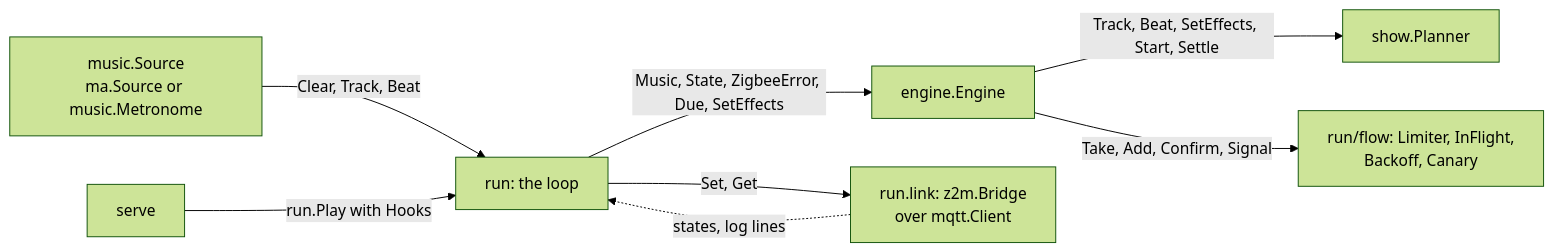
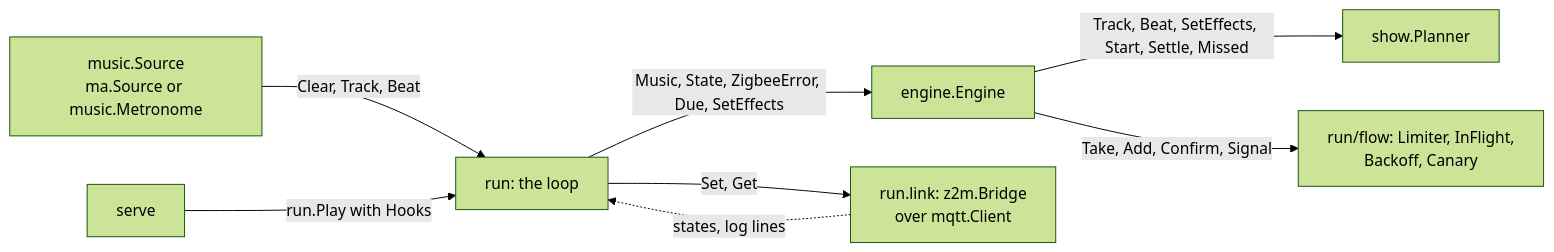
The diagram in DESIGN.md (siemenvdn/zigbeat), drawn with Mermaid (forest theme) before and after one commit. The commit also changed other lines of this file and 5 other files, not shown here.

````diff
--- a/DESIGN.md
+++ b/DESIGN.md
@@ -351,10 +351,10 @@
 ```mermaid
 flowchart LR
   src["music.Source<br/>ma.Source or music.Metronome"] -->|"Clear, Track, Beat"| loop["run: the loop"]
   serve["serve"] -->|"run.Play with Hooks"| loop
   loop -->|"Music, State, ZigbeeError, Due, SetEffects"| eng["engine.Engine"]
-  eng -->|"Track, Beat, SetEffects, Start, Settle"| plan["show.Planner"]
+  eng -->|"Track, Beat, SetEffects, Start, Settle, Missed"| plan["show.Planner"]
   eng -->|"Take, Add, Confirm, Signal"| flow["run/flow: Limiter, InFlight,<br/>Backoff, Canary"]
   loop -->|"Set, Get"| link["run.link: z2m.Bridge<br/>over mqtt.Client"]
   link -.->|"states, log lines"| loop
 ```
````
